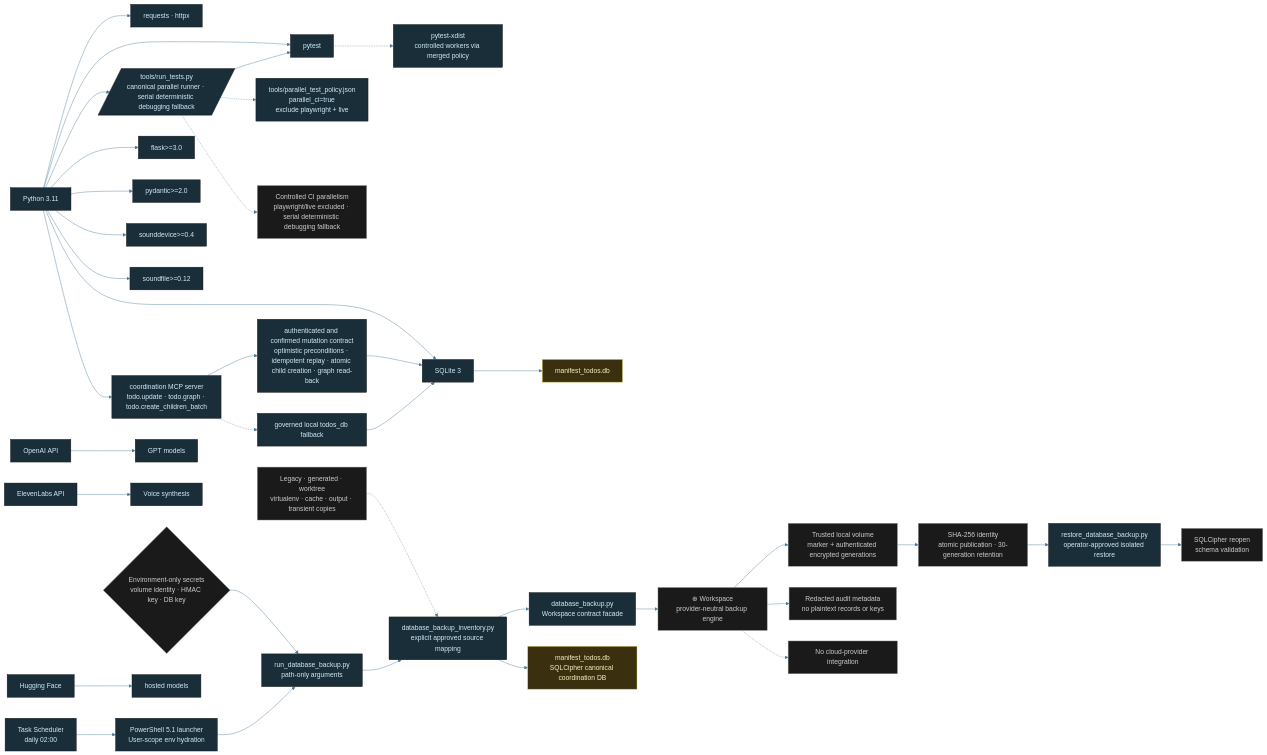
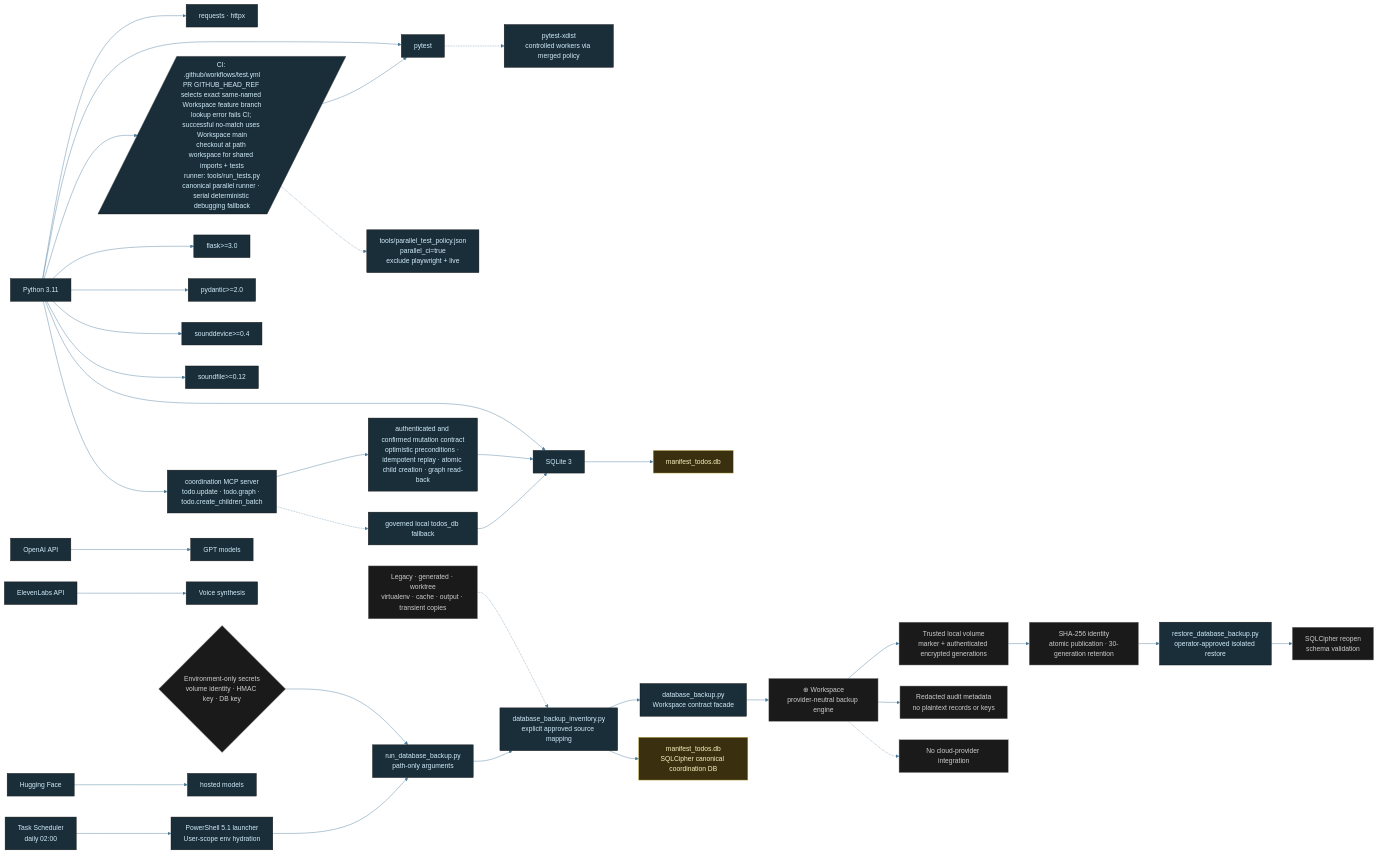
The diagram in diagrams/manifest-tech-stack.mmd (tylerdrakemusic/AI-Manifest), drawn with Mermaid before and after one commit.

Commit message:
👁 manifest: package approved CI test-path diagram

```diff
--- a/diagrams/manifest-tech-stack.mmd
+++ b/diagrams/manifest-tech-stack.mmd
@@ -1,60 +1,58 @@
 %%{init: {'theme': 'base', 'themeVariables': {'primaryColor': '#1a2e3a', 'primaryTextColor': '#d0ecf8', 'edgeLabelBackground': '#0f1318', 'lineColor': '#4a7a9a'}}}%%
 graph LR
     Python[Python 3.11] --> Requests[requests · httpx]
     Python --> Pytest[pytest]
-    Python --> TestRunner[/tools/run_tests.py<br/>canonical parallel runner · serial deterministic debugging fallback/]
+    Python --> TestRunner[/CI: .github/workflows/test.yml<br/>PR GITHUB_HEAD_REF selects exact same-named Workspace feature branch<br/>lookup error fails CI; successful no-match uses Workspace main<br/>checkout at path workspace for shared imports + tests<br/>runner: tools/run_tests.py<br/>canonical parallel runner · serial deterministic debugging fallback/]
     TestRunner --> Pytest
     TestRunner -.-> TestPolicy[tools/parallel_test_policy.json<br/>parallel_ci=true<br/>exclude playwright + live]
     Pytest -.-> Xdist[pytest-xdist<br/>controlled workers via merged policy]
-    TestRunner -.-> ParallelEvidence[Controlled CI parallelism<br/>playwright/live excluded · serial deterministic debugging fallback]
     Python --> Flask[flask>=3.0]
     Python --> Pydantic[pydantic>=2.0]
     Python --> Sounddevice[sounddevice>=0.4]
     Python --> Soundfile[soundfile>=0.12]
     Python --> SQLite[SQLite 3]
     SQLite --> TodosDB[manifest_todos.db]
     Python --> CoordinatorMCP[coordination MCP server<br/>todo.update · todo.graph · todo.create_children_batch]
     CoordinatorMCP --> Contract[authenticated and confirmed mutation contract<br/>optimistic preconditions · idempotent replay · atomic child creation · graph read-back]
     Contract --> SQLite
     CoordinatorMCP -.-> LocalFallback[governed local todos_db fallback]
     LocalFallback --> SQLite
     class SQLite lib
     class TodosDB db
     class CoordinatorMCP,Contract,LocalFallback util
     OpenAI[OpenAI API] --> GPT[GPT models]
     ElevenLabs[ElevenLabs API] --> TTS[Voice synthesis]
     HF[Hugging Face] --> Models[hosted models]
     class Python lang
     class OpenAI,ElevenLabs,HF api
     class Requests,Pytest,TestRunner,TestPolicy,Xdist,Flask,Pydantic,Sounddevice,Soundfile,GPT,TTS,Models lib
-    class ParallelEvidence state
 
     %% FR-20260816-ai-manifest-database-backup-restore
     BackupFacade[database_backup.py<br/>Workspace contract facade] --> BackupEngine[⊕ Workspace<br/>provider-neutral backup engine]
     BackupInventory[database_backup_inventory.py<br/>explicit approved source mapping] --> BackupFacade
     BackupInventory --> ManifestTodoDB[manifest_todos.db<br/>SQLCipher canonical coordination DB]
     BackupLauncher[PowerShell 5.1 launcher<br/>User-scope env hydration] --> BackupRunner[run_database_backup.py<br/>path-only arguments]
     BackupTask[Task Scheduler<br/>daily 02:00] --> BackupLauncher
     BackupRunner --> BackupInventory
     BackupSecrets{Environment-only secrets<br/>volume identity · HMAC key · DB key} --> BackupRunner
     BackupEngine --> BackupStorage[Trusted local volume<br/>marker + authenticated encrypted generations]
     BackupStorage --> BackupIntegrity[SHA-256 identity<br/>atomic publication · 30-generation retention]
     RestoreTool[restore_database_backup.py<br/>operator-approved isolated restore] --> RestoreCheck[SQLCipher reopen<br/>schema validation]
     BackupIntegrity --> RestoreTool
     BackupEngine --> Audit[Redacted audit metadata<br/>no plaintext records or keys]
     BackupEngine -.-> NoCloud[No cloud-provider integration]
     BackupExclusions[Legacy · generated · worktree<br/>virtualenv · cache · output · transient copies] -.-> BackupInventory
     class BackupFacade,BackupInventory,BackupLauncher,BackupRunner,BackupTask,RestoreTool util
     class BackupEngine,BackupStorage,BackupIntegrity,Audit state
     class ManifestTodoDB db
     class BackupSecrets,NoCloud,BackupExclusions,RestoreCheck state
 
 classDef life     fill:#1a2e3a,stroke:#6ab4d4,color:#d0ecf8
 classDef music    fill:#3a1a24,stroke:#d47a8f,color:#f8d0dc
 classDef quantum  fill:#251a3a,stroke:#a07adf,color:#e8d0f8
 classDef manifest fill:#3a2e1a,stroke:#d4a96a,color:#f8ead0
 classDef ws       fill:#1a3a30,stroke:#6ad4b4,color:#d0f8ee
 classDef tyler    fill:#2a1a3a,stroke:#9e4aff,color:#fff
 classDef ext      fill:#3a2020,stroke:#ff7a7a,color:#ffd0d0
 classDef db       fill:#3a3010,stroke:#d4c050,color:#f8f0c0
 classDef state    fill:#1a1a1a,stroke:#888888,color:#cccccc
```
